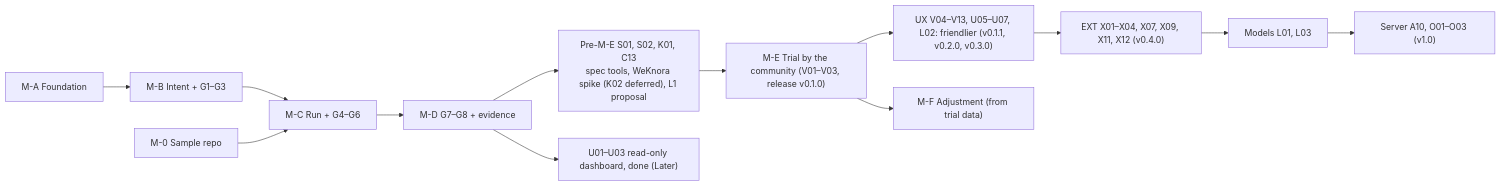
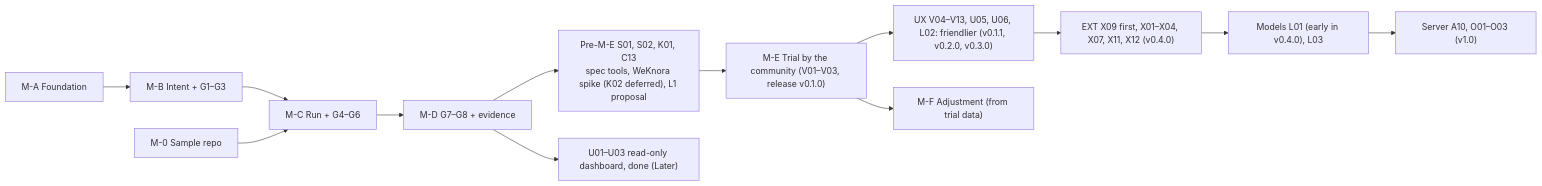
Before and after one commit to hoanghainh1188/agentic-sdlc-framework: the diagram in design/D-08-mvp-backlog.md, drawn with Mermaid. The commit also changed other lines of this file and 6 other files, not shown here.

````diff
--- a/design/D-08-mvp-backlog.md
+++ b/design/D-08-mvp-backlog.md
@@ -56,15 +56,15 @@
 ```mermaid
 flowchart LR
     MA["M-A Foundation"] --> MB["M-B Intent + G1–G3"]
     MB --> MC["M-C Run + G4–G6"]
     M0["M-0 Sample repo"] --> MC
     MC --> MD["M-D G7–G8 + evidence"]
     MD --> MP["Pre-M-E S01, S02, K01, C13<br/>spec tools, WeKnora spike (K02 deferred), L1 proposal"]
     MP --> ME["M-E Trial by the community (V01–V03, release v0.1.0)"]
-    ME --> UX["UX V04–V13, U05–U07, L02: friendlier (v0.1.1, v0.2.0, v0.3.0)"]
-    UX --> EXT["EXT X01–X04, X07, X09, X11, X12 (v0.4.0)"]
-    EXT --> MO["Models L01, L03"]
+    ME --> UX["UX V04–V13, U05, U06, L02: friendlier (v0.1.1, v0.2.0, v0.3.0)"]
+    UX --> EXT["EXT X09 first, X01–X04, X07, X11, X12 (v0.4.0)"]
+    EXT --> MO["Models L01 (early in v0.4.0), L03"]
     MO --> SV["Server A10, O01–O03 (v1.0)"]
     ME --> MF["M-F Adjustment (from trial data)"]
     MD --> MU["U01–U03 read-only dashboard, done (Later)"]
 ```
````
